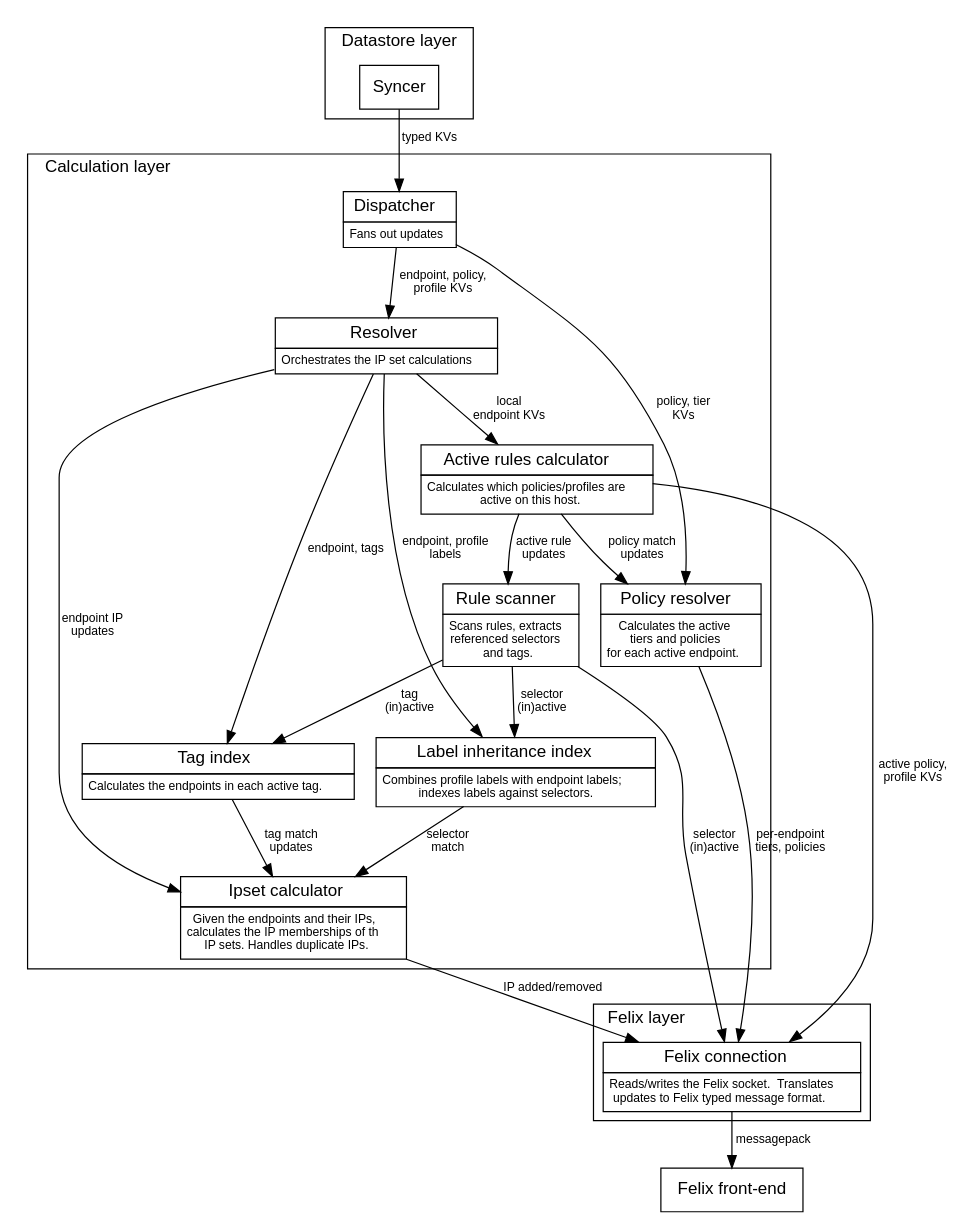
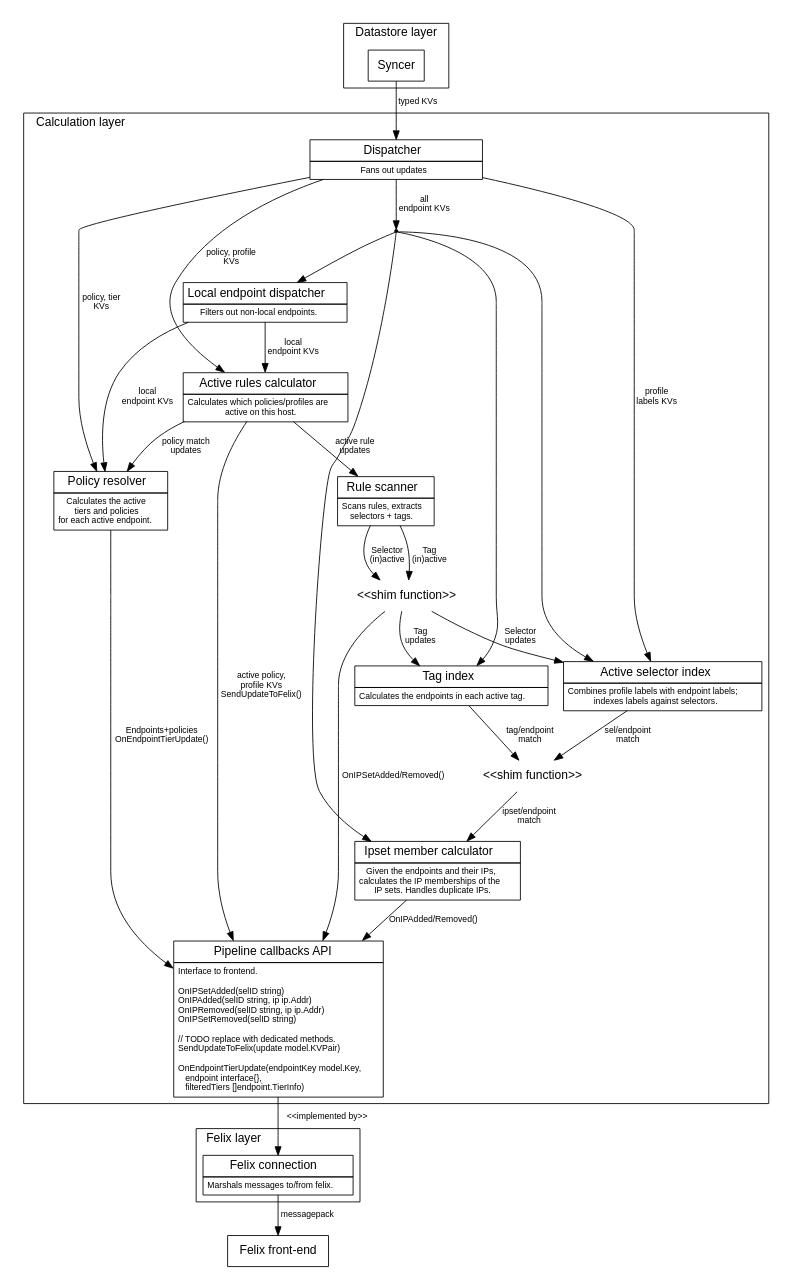
One commit to projectcalico/libcalico-go changed the diagram in doc/calc.dot. Above: the diagram before and after it, drawn with Graphviz. The commit also changed 12 other files, not shown here.

Commit message:
Rework calculation graph - Use UpdateHandlers interface where possible. - Directly connect nodes in the graph to avoid loop through Resolver. - Remove Resolver completely. - Start to pull out front-end interface.

```diff
--- a/doc/calc.dot
+++ b/doc/calc.dot
@@ -1,102 +1,134 @@
 digraph G {
 size="7.5,10"
 labeljust="l"
 fontname=Helvetica;
 node [fontname=Helvetica]
 edge [fontname=Helvetica,fontsize=10]
 
     subgraph cluster0 {
     label="Datastore layer";
 
         Syncer [shape=box]
     }
 
     Syncer -> Dispatcher [label="typed KVs"]
 
     subgraph cluster1 {
     label="Calculation layer";
         subgraph {
             /* Put some padding either side of the Dispatcher. */
             rank=same; nodepadding1; Dispatcher; nodepadding2;
-            nodepadding1 [style=invisible,fixedsize=true,width=3]
-            nodepadding2 [style=invisible,fixedsize=true,width=3]
+            nodepadding1 [style=invisible,fixedsize=true,width=4]
+            nodepadding2 [style=invisible,fixedsize=true,width=4]
             nodepadding1 -> Dispatcher [style=invis];
             Dispatcher -> nodepadding2 [style=invis];
         }
 
         Dispatcher [label=<<table BORDER="0" CELLBORDER="1" CELLSPACING="0" CELLPADDING="4">
-          <tr><td><font point-size="14">Dispatcher</font></td></tr>
+          <tr><td WIDTH="200"><font point-size="14" >Dispatcher</font></td></tr>
           <tr><td><font point-size="10">Fans out updates</font></td></tr>
         </table>>, shape=none, margin=0]
-        Dispatcher -> Resolver [label="endpoint, policy,\nprofile KVs"];
         Dispatcher -> PolicyResolver [label="policy, tier\nKVs"]
+        Dispatcher -> ActiveRulesCalc [label="policy, profile\nKVs"]
+        Dispatcher -> ActiveSelIdx [label="profile\nlabels KVs"]
 
-        Resolver [label=<<table BORDER="0" CELLBORDER="1" CELLSPACING="0" CELLPADDING="4">
-          <tr><td><font point-size="14">Resolver</font></td></tr>
-          <tr><td><font point-size="10">Orchestrates the IP set calculations</font></td></tr>
-        </table>>, shape=none, margin=0];
-        Resolver -> ActiveRulesCalculator [label="local\nendpoint KVs"];
-        ActiveRulesCalculator [label=<<table BORDER="0" CELLBORDER="1" CELLSPACING="0" CELLPADDING="4">
+        EPKVs [shape=point];
+        Dispatcher -> EPKVs [label="all\nendpoint KVs"];
+
+        EPKVs -> ActiveSelIdx;
+        EPKVs -> LocalDispatcher;
+        EPKVs -> TagIndex;
+        EPKVs -> MemberCalc;
+
+        LocalDispatcher [label=<<table BORDER="0" CELLBORDER="1" CELLSPACING="0" CELLPADDING="4">
+          <tr><td><font point-size="14">Local endpoint dispatcher</font></td></tr>
+          <tr><td><font point-size="10">Filters out non-local endpoints.</font></td></tr>
+        </table>>, shape=none, margin=0]
+        LocalDispatcher -> ActiveRulesCalc [label="local\nendpoint KVs"];
+        LocalDispatcher -> PolicyResolver [label="local\nendpoint KVs"]
+
+        ActiveRulesCalc [label=<<table BORDER="0" CELLBORDER="1" CELLSPACING="0" CELLPADDING="4">
           <tr><td><font point-size="14">Active rules calculator</font></td></tr>
           <tr><td><font point-size="10">Calculates which policies/profiles are<br/>active on this host.</font></td></tr>
         </table>>, shape=none, margin=0];
-        ActiveRulesCalculator -> RuleScanner [label="active rule\nupdates"];
-        ActiveRulesCalculator -> PolicyResolver [label="policy match\nupdates"];
+        ActiveRulesCalc -> RuleScanner [label="active rule\nupdates"];
+        ActiveRulesCalc -> PolicyResolver [label="policy match\nupdates"];
 
-        LabelInheritanceIndex [label=<<table BORDER="0" CELLBORDER="1" CELLSPACING="0" CELLPADDING="4">
-          <tr><td><font point-size="14">Label inheritance index</font></td></tr>
+        ActiveSelIdx [label=<<table BORDER="0" CELLBORDER="1" CELLSPACING="0" CELLPADDING="4">
+          <tr><td><font point-size="14">Active selector index</font></td></tr>
           <tr><td><font point-size="10">Combines profile labels with endpoint labels;<br/>indexes labels against selectors.</font></td></tr>
         </table>>, shape=none, margin=0];
-        Resolver -> LabelInheritanceIndex [label="endpoint, profile\nlabels"];
-        LabelInheritanceIndex -> IpsetCalculator [label="selector\nmatch"];
+        "<<shim function>>" [shape=none]
+        ActiveSelIdx -> "<<shim function>>" [label="sel/endpoint\nmatch"];
 
         RuleScanner [label=<<table BORDER="0" CELLBORDER="1" CELLSPACING="0" CELLPADDING="4">
           <tr><td><font point-size="14">Rule scanner</font></td></tr>
-          <tr><td><font point-size="10">Scans rules, extracts<br/>referenced selectors<br/>and tags.</font></td></tr>
+          <tr><td><font point-size="10">Scans rules, extracts<br/>selectors + tags.</font></td></tr>
         </table>>, shape=none, margin=0];
-
-        RuleScanner -> LabelInheritanceIndex [label="selector\n(in)active"];
-        RuleScanner -> "tags.Index" [label="tag\n(in)active"];
 
         PolicyResolver [label=<<table BORDER="0" CELLBORDER="1" CELLSPACING="0" CELLPADDING="4">
           <tr><td><font point-size="14">Policy resolver</font></td></tr>
           <tr><td><font point-size="10">Calculates the active<br/>tiers and policies<br/>for each active endpoint.</font></td></tr>
         </table>>, shape=none, margin=0];
 
 
-        "tags.Index" [label=<<table BORDER="0" CELLBORDER="1" CELLSPACING="0" CELLPADDING="4">
+        TagIndex [label=<<table BORDER="0" CELLBORDER="1" CELLSPACING="0" CELLPADDING="4">
           <tr><td><font point-size="14">Tag index</font></td></tr>
           <tr><td><font point-size="10">Calculates the endpoints in each active tag.</font></td></tr>
         </table>>, shape=none, margin=0];
 
-        Resolver -> "tags.Index" [label="endpoint, tags"];
-        "tags.Index" -> IpsetCalculator [label="tag match\nupdates"];
+        TagIndex -> "<<shim function>>" [label="tag/endpoint\nmatch"];
+        "<<shim function>>" -> MemberCalc [label="ipset/endpoint\nmatch"];
 
-        IpsetCalculator [label=<<table BORDER="0" CELLBORDER="1" CELLSPACING="0" CELLPADDING="4">
-          <tr><td><font point-size="14">Ipset calculator</font></td></tr>
-          <tr><td><font point-size="10">Given the endpoints and their IPs,<br/>calculates the IP memberships of th<br/>IP sets. Handles duplicate IPs.</font></td></tr>
+        MemberCalc [label=<<table BORDER="0" CELLBORDER="1" CELLSPACING="0" CELLPADDING="4">
+          <tr><td><font point-size="14">Ipset member calculator</font></td></tr>
+          <tr><td><font point-size="10">Given the endpoints and their IPs,<br/>calculates the IP memberships of the<br/>IP sets. Handles duplicate IPs.</font></td></tr>
         </table>>, shape=none, margin=0];
 
-        Resolver -> IpsetCalculator [label="endpoint IP\nupdates"];
 
+        ActiveRulesCalc -> PipelineCallbacks [label="active policy,\nprofile KVs\nSendUpdateToFelix()"];
+
+        RuleScannerShim [label="<<shim function>>", shape=none]
+        RuleScanner -> RuleScannerShim [label="Selector\n(in)active"];
+        RuleScannerShim -> ActiveSelIdx [label="Selector\nupdates"]
+        RuleScannerShim -> PipelineCallbacks [label="OnIPSetAdded/Removed()"];
+
+        RuleScanner -> RuleScannerShim [label="Tag\n(in)active"];
+        RuleScannerShim -> TagIndex [label="Tag\nupdates"]
+
+
+        MemberCalc -> PipelineCallbacks [label="OnIPAdded/Removed()"];
+        PolicyResolver -> PipelineCallbacks [label="Endpoints+policies\nOnEndpointTierUpdate()"];
+
+        PipelineCallbacks [label=<<table BORDER="0" CELLBORDER="1" CELLSPACING="0" CELLPADDING="4">
+          <tr><td><font point-size="14">Pipeline callbacks API</font></td></tr>
+          <tr><td align="left"><font point-size="10">Interface to frontend.<BR ALIGN="LEFT"/>
+<BR ALIGN="LEFT"/>
+OnIPSetAdded(selID string)<BR ALIGN="LEFT"/>
+OnIPAdded(selID string, ip ip.Addr)<BR ALIGN="LEFT"/>
+OnIPRemoved(selID string, ip ip.Addr)<BR ALIGN="LEFT"/>
+OnIPSetRemoved(selID string)<BR ALIGN="LEFT"/>
+<BR ALIGN="LEFT"/>
+// TODO replace with dedicated methods.<BR ALIGN="LEFT"/>
+SendUpdateToFelix(update model.KVPair)<BR ALIGN="LEFT"/>
+<BR ALIGN="LEFT"/>
+OnEndpointTierUpdate(endpointKey model.Key,<BR ALIGN="LEFT"/>
+    endpoint interface{},<BR ALIGN="LEFT"/>
+    filteredTiers []endpoint.TierInfo)<BR ALIGN="LEFT"/>
+</font></td></tr>
+        </table>>, shape=none, margin=0];
     }
-
-    ActiveRulesCalculator -> FelixConnection [label="active policy,\nprofile KVs"];
-    RuleScanner -> FelixConnection [label="selector\n(in)active"];
-    IpsetCalculator -> FelixConnection [label="IP added/removed"];
-    PolicyResolver -> FelixConnection [label="per-endpoint\ntiers, policies"];
-
 
     subgraph cluster2 {
     label="Felix layer";
-
         FelixConnection [label=<<table BORDER="0" CELLBORDER="1" CELLSPACING="0" CELLPADDING="4">
           <tr><td><font point-size="14">Felix connection</font></td></tr>
-          <tr><td><font point-size="10">Reads/writes the Felix socket.  Translates<br/>updates to Felix typed message format.</font></td></tr>
+          <tr><td><font point-size="10">Marshals messages to/from felix.</font></td></tr>
         </table>>, shape=none, margin=0];
     }
 
 
+    PipelineCallbacks -> FelixConnection [label="<<implemented by>>"]
     FelixConnection -> Felix [label="messagepack"];
     Felix [shape=box, label="Felix front-end"];
 }
```
